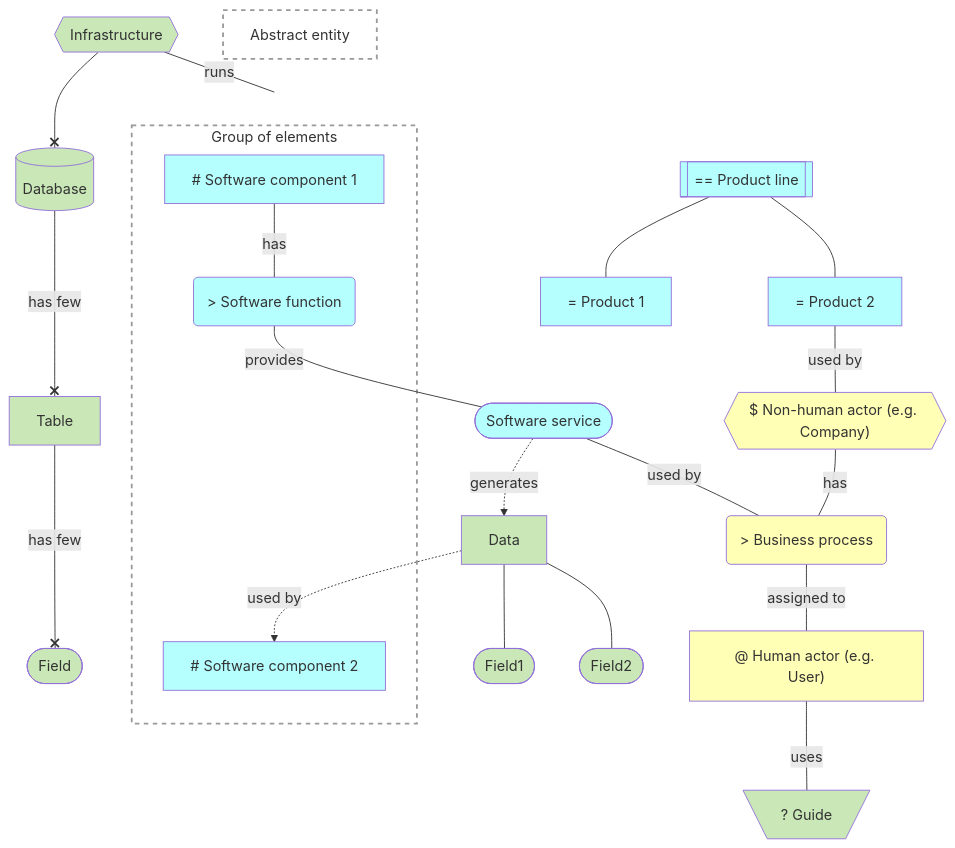
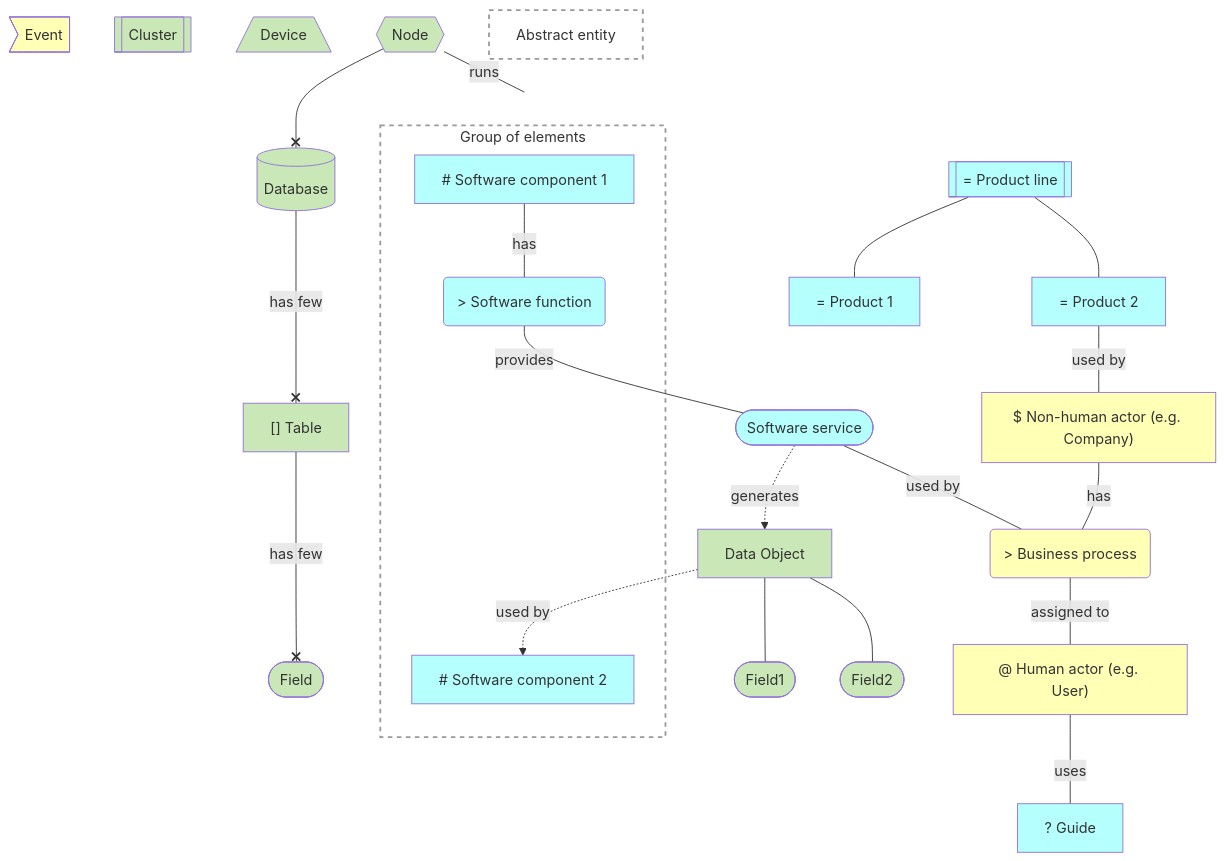
The diagram in concepts/notation.md (voedger/voedger-docs), drawn with Mermaid before and after one commit.

Commit message:
Update notation.md to use consistent notation for Guide and Product Line

````diff
--- a/concepts/notation.md
+++ b/concepts/notation.md
@@ -9,65 +9,68 @@
 ```mermaid
 graph TD
 
   %% Entities =================================
 
-  Infrastructure{{Infrastructure}}:::H
+  Event>Event]:::B
+  Cluster[[Cluster]]:::H
+  Device[/Device\]:::H  
+  Infrastructure{{Node}}:::H
   Database[(Database)]:::H
-  Table:::H
+  Table["[] Table"]:::H
   Field([Field]):::H
-  Data:::H
+  Data[Data Object]:::H
   DataField1([Field1]):::H
   DataField2([Field2]):::H
   AbstractEntity[Abstract entity]:::G
 
-  Guide[\? Guide/]:::H
+  Guide[? Guide]:::S
 
-  ProductLine[["== Product line"]]:::S
+  ProductLine[["= Product line"]]:::S
     ProductLine --- Product1[= Product 1]:::S
     ProductLine --- Product2[= Product 2]:::S
 
   SoftwareComponents:::G
   subgraph SoftwareComponents[Group of elements]
     SoftwareComponent["# Software component 1"]:::S
     SoftwareFunction("> Software function"):::S
     SoftwareComponent2["# Software component 2"]:::S
   end
   
   SoftwareService([Software service]):::S  
   
   User["@ Human actor (e.g. User)"]:::B
-  Company{{"$ Non-human actor (e.g. Company)"}}:::B
+  Company["$ Non-human actor (e.g. Company)"]:::B
   BusinessProcess("> Business process"):::B
 
 
   %% Relations =================================
 
   Infrastructure ---|runs| SoftwareComponents
 
   SoftwareComponent --- |has| SoftwareFunction
   SoftwareFunction --- |provides| SoftwareService
 
   Infrastructure --x Database
   Database ---x|has few| Table
   Table ---x|has few| Field
 
   SoftwareService -.->|generates| Data
 
   SoftwareService --- |used by| BusinessProcess
   BusinessProcess --- |assigned to| User
 
   User --- |uses| Guide
 
   Data -.->|used by| SoftwareComponent2
 
   Data --- DataField1
   Data --- DataField2
   
   Product2 --- |used by| Company
   Company --- |has| BusinessProcess
 
   classDef B fill:#FFFFB5,color:#333
   classDef S fill:#B5FFFF,color:#333
   classDef H fill:#C9E7B7,color:#333
   classDef G fill:#ffffff15, stroke:#999, stroke-width:2px, stroke-dasharray: 5 5
 ```
````
